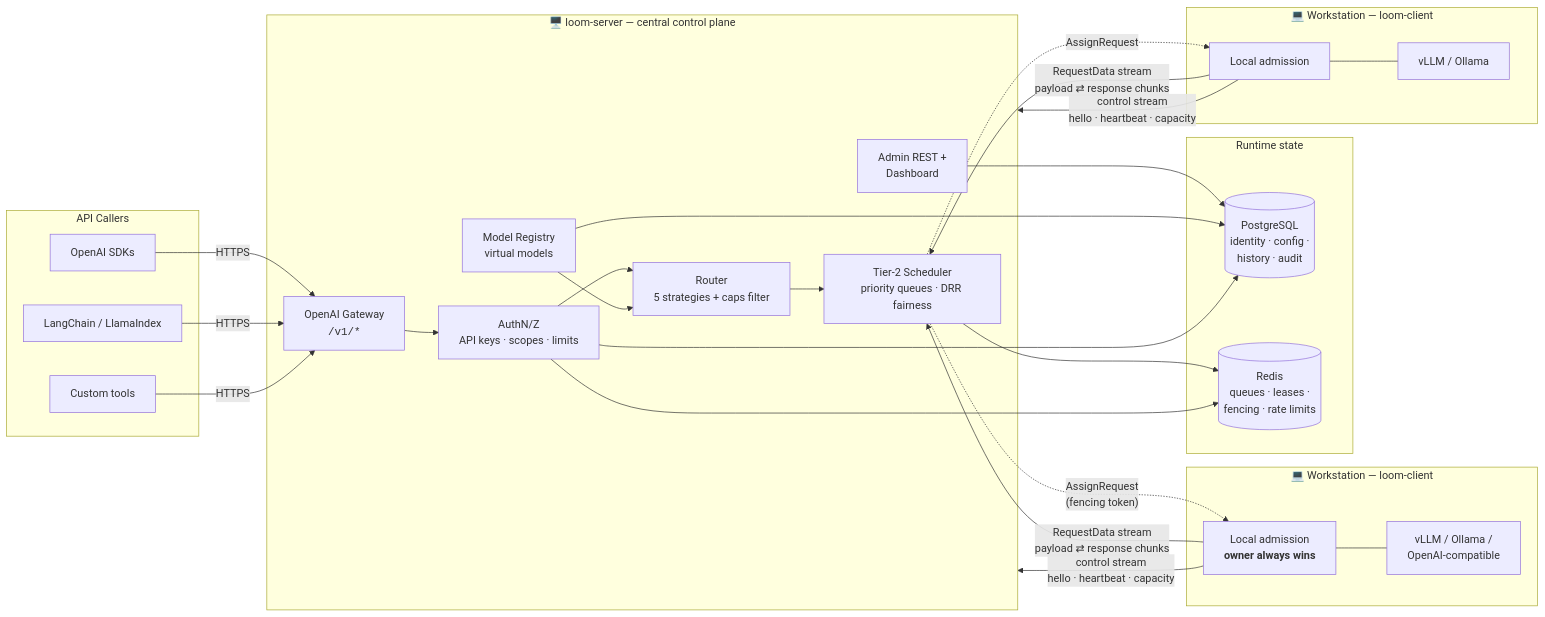
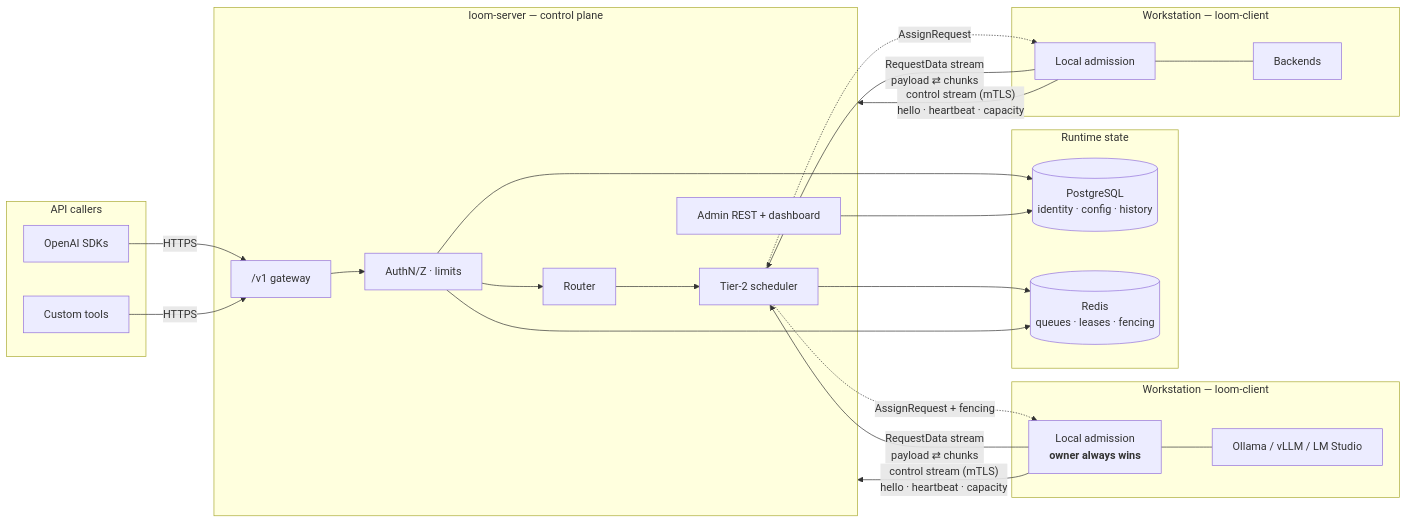
One commit to maxk2222/loom changed the first of 3 diagrams in README.md. Above: the diagram before and after it, drawn with Mermaid. The commit also changed other lines of this file and 6 other files, not shown here.

````diff
--- a/README.md
+++ b/README.md
@@ -69,48 +55,37 @@
 ```mermaid
 flowchart LR
-    subgraph Callers["API Callers"]
+    subgraph Callers["API callers"]
         A1["OpenAI SDKs"]
-        A2["LangChain / LlamaIndex"]
-        A3["Custom tools"]
+        A2["Custom tools"]
     end
-
-    subgraph Server["🖥️ loom-server — central control plane"]
-        GW["OpenAI Gateway<br/><code>/v1/*</code>"]
-        AUTH["AuthN/Z<br/>API keys · scopes · limits"]
-        REG["Model Registry<br/>virtual models"]
-        RTR["Router<br/>5 strategies + caps filter"]
-        Q["Tier-2 Scheduler<br/>priority queues · DRR fairness"]
-        ADM["Admin REST +<br/>Dashboard"]
-        GW --> AUTH --> RTR
-        RTR --> Q
-        REG --> RTR
+    subgraph Server["loom-server — control plane"]
+        GW["/v1 gateway"]
+        AUTH["AuthN/Z · limits"]
+        RTR["Router"]
+        Q["Tier-2 scheduler"]
+        ADM["Admin REST + dashboard"]
+        GW --> AUTH --> RTR --> Q
     end
-
     subgraph Data["Runtime state"]
-        PG[("PostgreSQL<br/>identity · config ·<br/>history · audit")]
-        RD[("Redis<br/>queues · leases ·<br/>fencing · rate limits")]
+        PG[("PostgreSQL<br/>identity · config · history")]
+        RD[("Redis<br/>queues · leases · fencing")]
     end
-
-    subgraph WS1["💻 Workstation — loom-client"]
+    subgraph WS1["Workstation — loom-client"]
         CL1["Local admission<br/><b>owner always wins</b>"]
-        BE1["vLLM / Ollama /<br/>OpenAI-compatible"]
+        BE1["Ollama / vLLM / LM Studio"]
         CL1 --- BE1
     end
-
-    subgraph WS2["💻 Workstation — loom-client"]
+    subgraph WS2["Workstation — loom-client"]
         CL2["Local admission"]
-        BE2["vLLM / Ollama"]
+        BE2["Backends"]
         CL2 --- BE2
     end
-
-    A1 & A2 & A3 -->|HTTPS| GW
-    Q -.->|"AssignRequest<br/>(fencing token)"| CL1
-    Q -.->|"AssignRequest"| CL2
-    CL1 & CL2 -->|"control stream<br/>hello · heartbeat · capacity"| Server
-    CL1 & CL2 -->|"RequestData stream<br/>payload ⇄ response chunks"| Q
+    A1 & A2 -->|HTTPS| GW
+    Q -.->|AssignRequest + fencing| CL1
+    Q -.->|AssignRequest| CL2
+    CL1 & CL2 -->|"control stream (mTLS)<br/>hello · heartbeat · capacity"| Server
+    CL1 & CL2 -->|"RequestData stream<br/>payload ⇄ chunks"| Q
     Q --> RD
-    AUTH --> RD
+    AUTH --> RD & PG
     ADM --> PG
-    REG --> PG
-    AUTH --> PG
 ```
````
